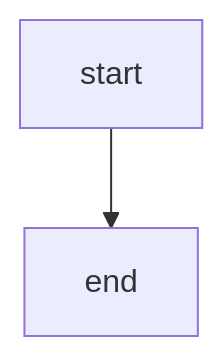
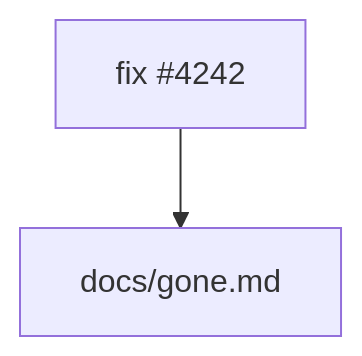
One commit to bje-settings/claude changed the diagram in plugins/audit/src/fixtures/repos/opaque/CLAUDE.fixture.md. Above: the diagram before and after it, drawn with Mermaid. The commit also changed 1 other file, not shown here.

Commit message:
test(audit): pin that a mermaid diagram yields no refs

````diff
--- a/plugins/audit/src/fixtures/repos/opaque/CLAUDE.fixture.md
+++ b/plugins/audit/src/fixtures/repos/opaque/CLAUDE.fixture.md
@@ -12,4 +12,4 @@
 ```mermaid
 graph TD
-  A[start] --> B[end]
+  A[fix #4242] --> B[docs/gone.md]
 ```
````
